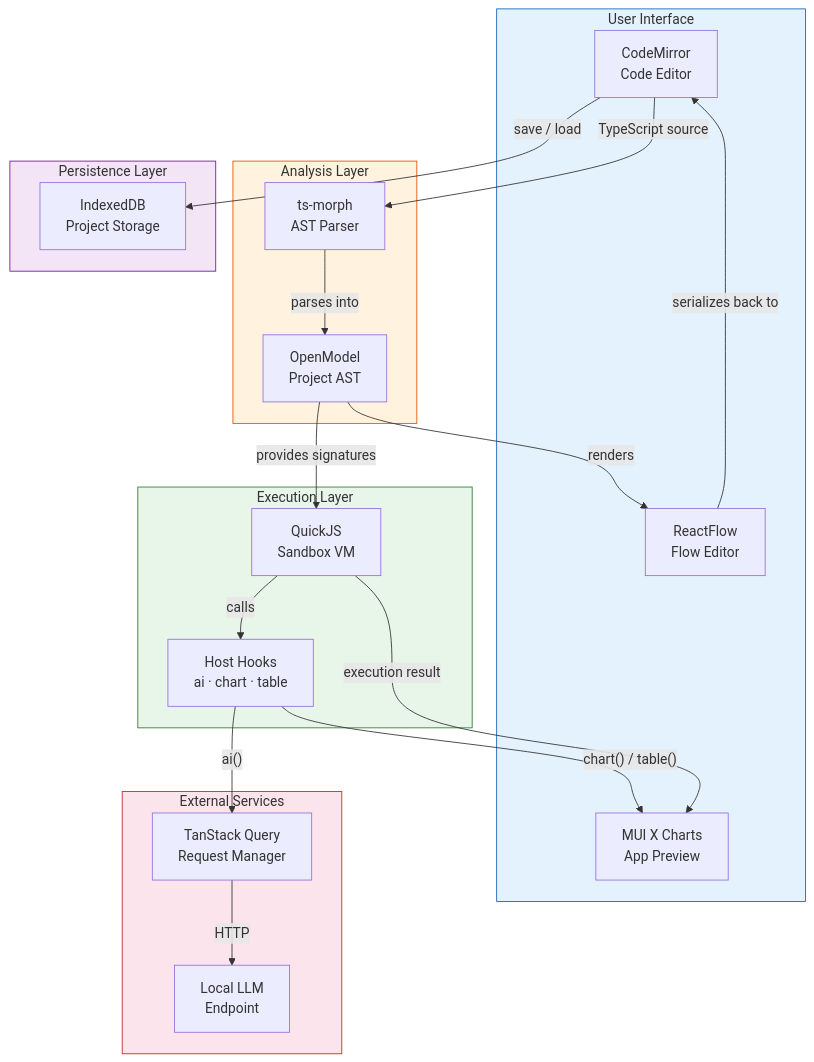
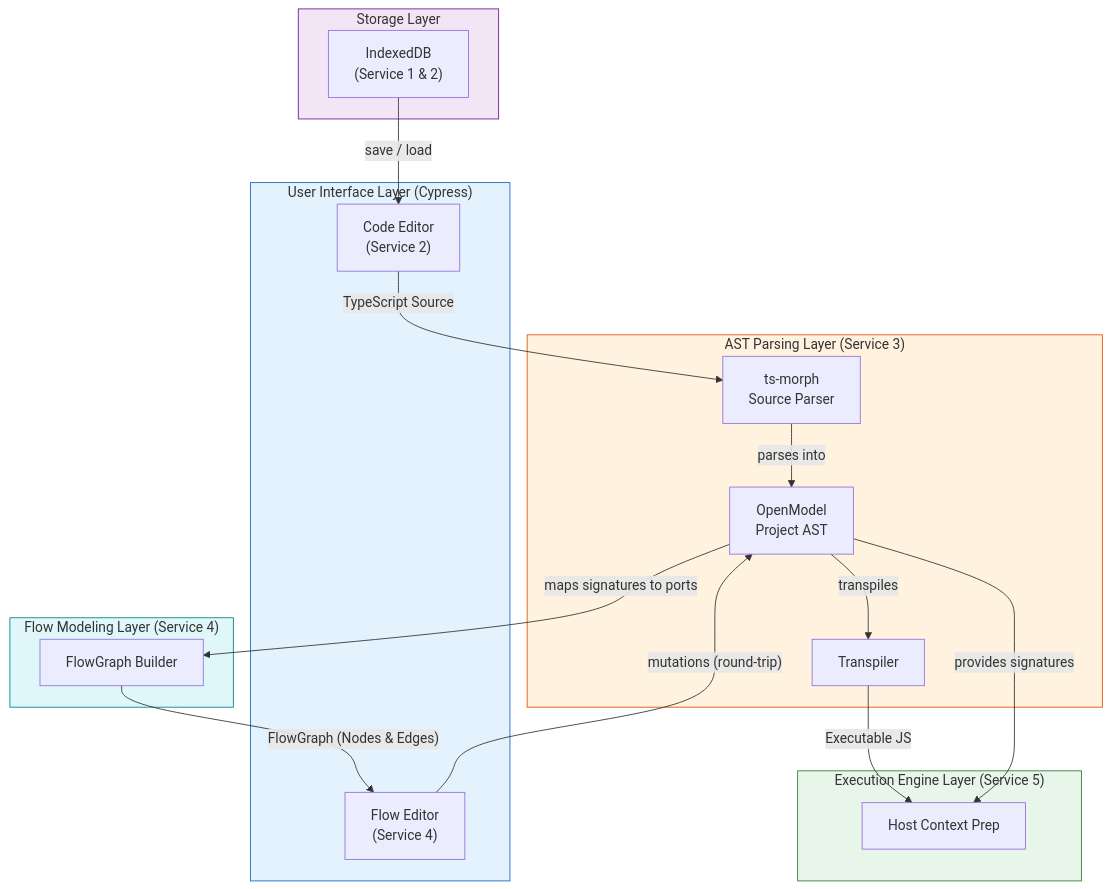
One commit to rimvydasb/open-modeler-ts changed the first of 6 diagrams in docs/AST_ARCH.md. Above: the diagram before and after it, drawn with Mermaid. The commit also changed other lines of this file and 1 other file, not shown here.

Commit message:
refactor architecture documentation: clarify compilation and execution phases with updated diagrams and descriptions

````diff
--- a/docs/AST_ARCH.md
+++ b/docs/AST_ARCH.md
@@ -27,44 +33,43 @@
 ```mermaid
 graph TB
-    subgraph UserInterface["User Interface"]
-        CE["CodeMirror<br/>Code Editor"]
-        FE["ReactFlow<br/>Flow Editor"]
-        AP["MUI X Charts<br/>App Preview"]
+    subgraph PersistenceLayer["Storage Layer"]
+        IDB["IndexedDB<br/>(Service 1 & 2)"]
     end
 
-    subgraph AnalysisLayer["Analysis Layer"]
-        TSM["ts-morph<br/>AST Parser"]
-        AST["OpenModel<br/>Project AST"]
+    subgraph UserInterface["User Interface Layer (Cypress)"]
+        CE["Code Editor<br/>(Service 2)"]
+        FE["Flow Editor<br/>(Service 4)"]
     end
 
-    subgraph ExecutionLayer["Execution Layer"]
-        QJS["QuickJS<br/>Sandbox VM"]
-        HOOKS["Host Hooks<br/>ai · chart · table"]
+    subgraph AnalysisLayer["AST Parsing Layer (Service 3)"]
+        TSM["ts-morph<br/>Source Parser"]
+        AST["OpenModel<br/>Project AST"]
+        TRANS["Transpiler"]
     end
 
-    subgraph PersistenceLayer["Persistence Layer"]
-        IDB["IndexedDB<br/>Project Storage"]
+    subgraph FlowModelingLayer["Flow Modeling Layer (Service 4)"]
+        FGB["FlowGraph Builder"]
     end
 
-    subgraph ExternalServices["External Services"]
-        TSQ["TanStack Query<br/>Request Manager"]
-        LLM["Local LLM<br/>Endpoint"]
+    subgraph ExecutionLayer["Execution Engine Layer (Service 5)"]
+        VM_PREP["Host Context Prep"]
     end
 
-    CE -- " TypeScript source " --> TSM
+    IDB -- " save / load " --> CE
+    CE -- " TypeScript Source " --> TSM
     TSM -- " parses into " --> AST
-    AST -- " renders " --> FE
-    FE -- " serializes back to " --> CE
-    AST -- " provides signatures " --> QJS
-    CE -- " save / load " --> IDB
-    QJS -- " calls " --> HOOKS
-    HOOKS -- " ai() " --> TSQ
-    TSQ -- " HTTP " --> LLM
-    HOOKS -- " chart() / table() " --> AP
-    QJS -- " execution result " --> AP
+    
+    AST -- " maps signatures to ports " --> FGB
+    FGB -- " FlowGraph (Nodes & Edges) " --> FE
+    FE -- " mutations (round-trip) " --> AST
+    
+    AST -- " transpiles " --> TRANS
+    TRANS -- " Executable JS " --> VM_PREP
+    AST -- " provides signatures " --> VM_PREP
+
+    style PersistenceLayer fill: #f3e5f5, stroke: #6a1b9a
     style UserInterface fill: #e3f2fd, stroke: #1565c0
     style AnalysisLayer fill: #fff3e0, stroke: #e65100
+    style FlowModelingLayer fill: #e0f7fa, stroke: #00838f
     style ExecutionLayer fill: #e8f5e9, stroke: #2e7d32
-    style PersistenceLayer fill: #f3e5f5, stroke: #6a1b9a
-    style ExternalServices fill: #fce4ec, stroke: #c62828
 ```
````
